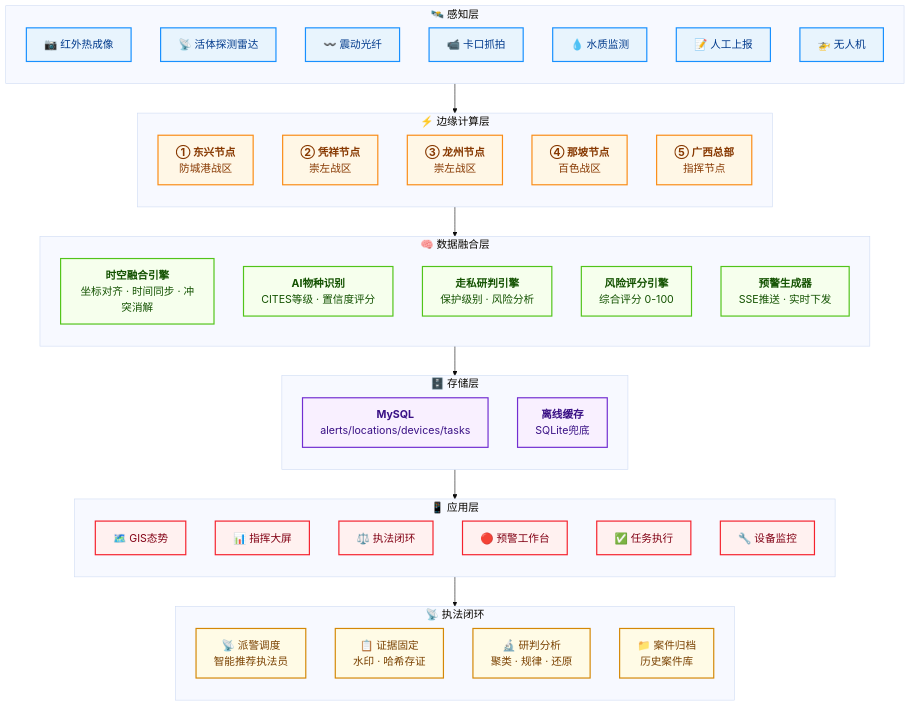
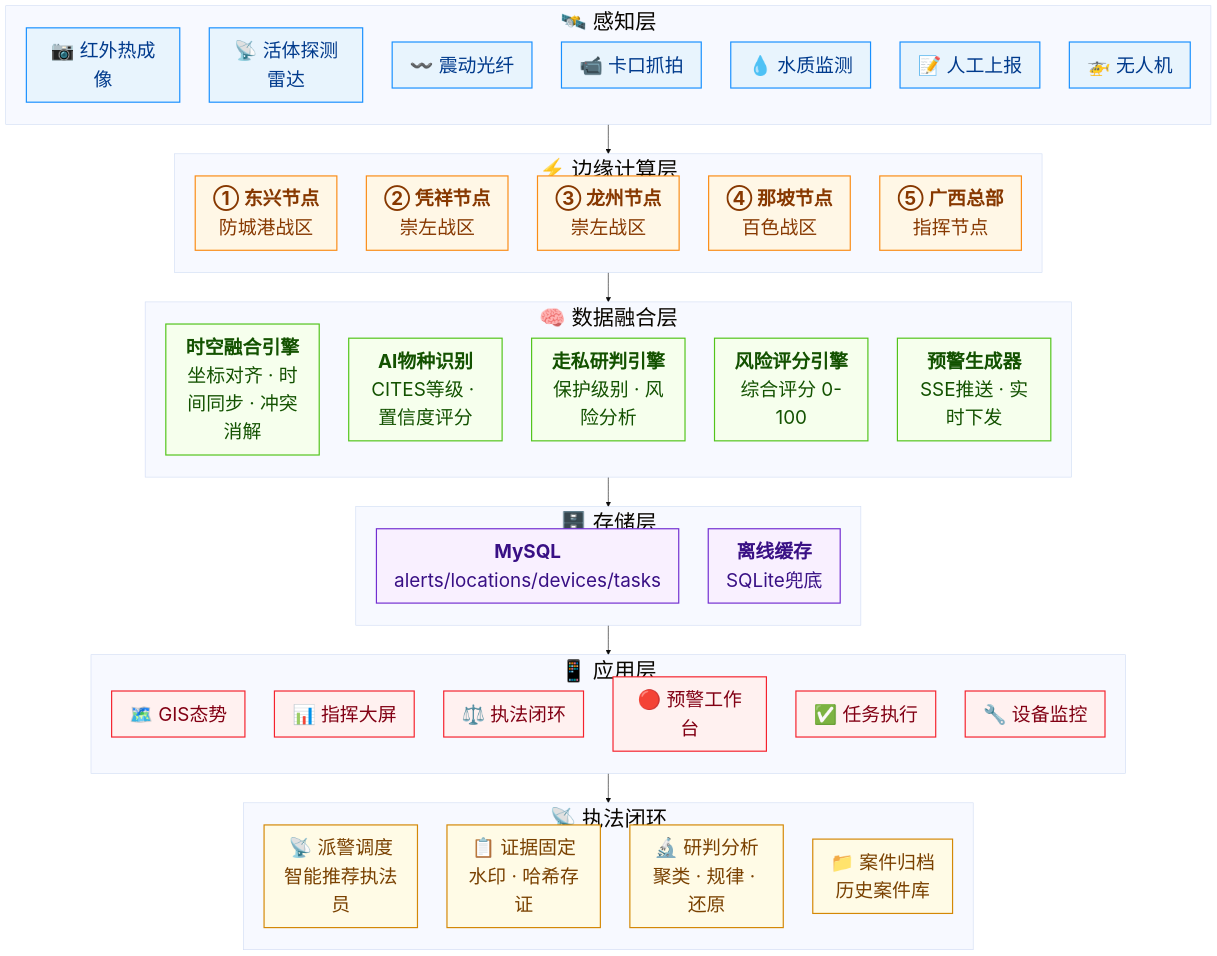
Before and after one commit to ppqqmeimei-create/reyanqinxiao: the diagram in architecture/README.md, drawn with Mermaid.

Commit message:
style: 标题字号36px，内容字号32px
Made-with: Cursor

````diff
--- a/architecture/README.md
+++ b/architecture/README.md
@@ -27,8 +27,8 @@
 ```mermaid
-%%{init: {'theme': 'base', 'themeVariables': { 'fontSize': '18px', 'nodeSpacing': '30', 'rankSpacing': '60'}}}%%
+%%{init: {'theme': 'base', 'themeVariables': { 'fontSize': '32px', 'nodeSpacing': '25', 'rankSpacing': '50'}}}%%
 flowchart TB
     %% ============ 感知层（7个节点纵向，居中） ============
-    subgraph S1["<div style='text-align: center;'>🛰️ 感知层</div>"]
+    subgraph S1["<div style='text-align: center; font-size: 36px;'>🛰️ 感知层</div>"]
         direction TB
         S1_1["📷 红外热成像"]
         S1_2["📡 活体探测雷达"]
@@ -40,7 +40,7 @@
     end
 
     %% ============ 边缘计算层（5个节点，与感知层左对齐） ============
-    subgraph S2["<div style='text-align: center;'>⚡ 边缘计算层</div>"]
+    subgraph S2["<div style='text-align: center; font-size: 36px;'>⚡ 边缘计算层</div>"]
         direction TB
         E1["<b>① 东兴节点</b><br/>防城港战区"]
         E2["<b>② 凭祥节点</b><br/>崇左战区"]
@@ -50,7 +50,7 @@
     end
 
     %% ============ 数据融合层（5个节点，与感知层左对齐） ============
-    subgraph S3["<div style='text-align: center;'>🧠 数据融合层</div>"]
+    subgraph S3["<div style='text-align: center; font-size: 36px;'>🧠 数据融合层</div>"]
         direction TB
         FUSE["<b>时空融合引擎</b><br/>坐标对齐 · 时间同步 · 冲突消解"]
         AI["<b>AI物种识别</b><br/>CITES等级 · 置信度评分"]
@@ -60,14 +60,14 @@
     end
 
     %% ============ 存储层（2个节点，与感知层左对齐） ============
-    subgraph S4["<div style='text-align: center;'>🗄️ 存储层</div>"]
+    subgraph S4["<div style='text-align: center; font-size: 36px;'>🗄️ 存储层</div>"]
         direction TB
         DB["<b>MySQL</b><br/>alerts/locations/devices/tasks"]
         CACHE["<b>离线缓存</b><br/>SQLite兜底"]
     end
 
     %% ============ 应用层（6个节点，与感知层左对齐） ============
-    subgraph S5["<div style='text-align: center;'>📱 应用层</div>"]
+    subgraph S5["<div style='text-align: center; font-size: 36px;'>📱 应用层</div>"]
         direction TB
         P1["🗺️ GIS态势"]
         P2["📊 指挥大屏"]
@@ -78,7 +78,7 @@
     end
 
     %% ============ 业务闭环（4个节点，与感知层左对齐） ============
-    subgraph LOOP["<div style='text-align: center;'>📡 执法闭环</div>"]
+    subgraph LOOP["<div style='text-align: center; font-size: 36px;'>📡 执法闭环</div>"]
         direction TB
         DISPATCH["📡 派警调度<br/>智能推荐执法员"]
         EVIDENCE["📋 证据固定<br/>水印 · 哈希存证"]
````
